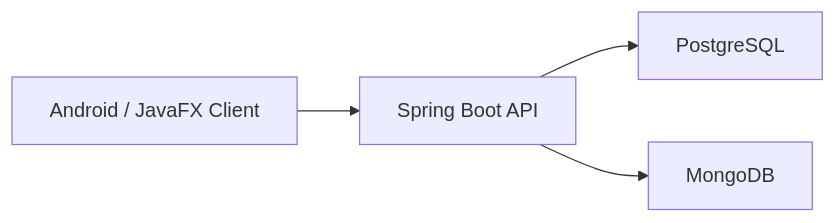
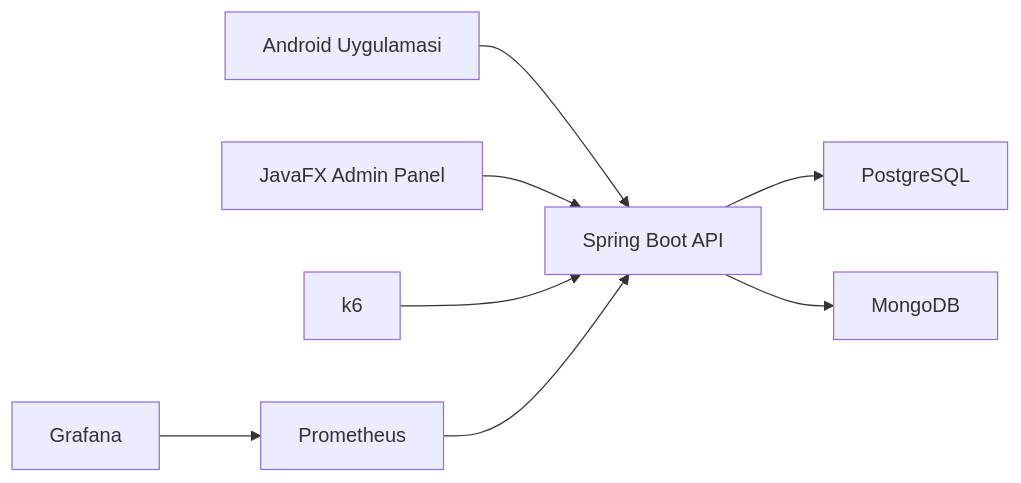
The diagram in README.md (farukomerg/PetCare-Tracer), drawn with Mermaid before and after one commit. The commit also changed other lines of this file and 1 other file, not shown here.

````diff
--- a/README.md
+++ b/README.md
@@ -122,6 +36,10 @@
 ```mermaid
 flowchart LR
-    A["Android / JavaFX Client"] --> B["Spring Boot API"]
-    B --> C["PostgreSQL"]
-    B --> D["MongoDB"]
+    A["Android Uygulamasi"] --> B["Spring Boot API"]
+    C["JavaFX Admin Panel"] --> B
+    B --> D["PostgreSQL"]
+    B --> E["MongoDB"]
+    F["k6"] --> B
+    G["Prometheus"] --> B
+    H["Grafana"] --> G
 ```
````
